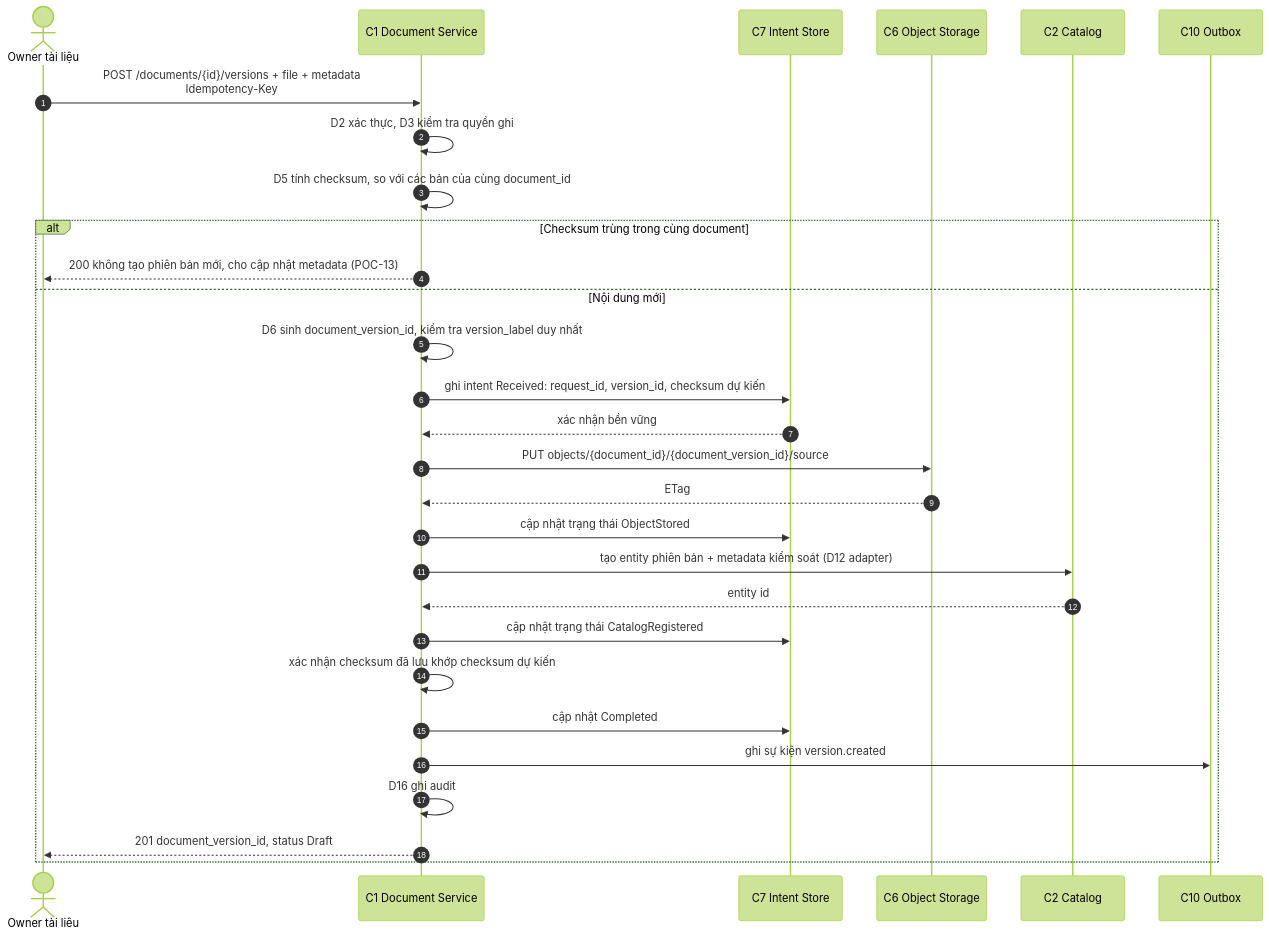
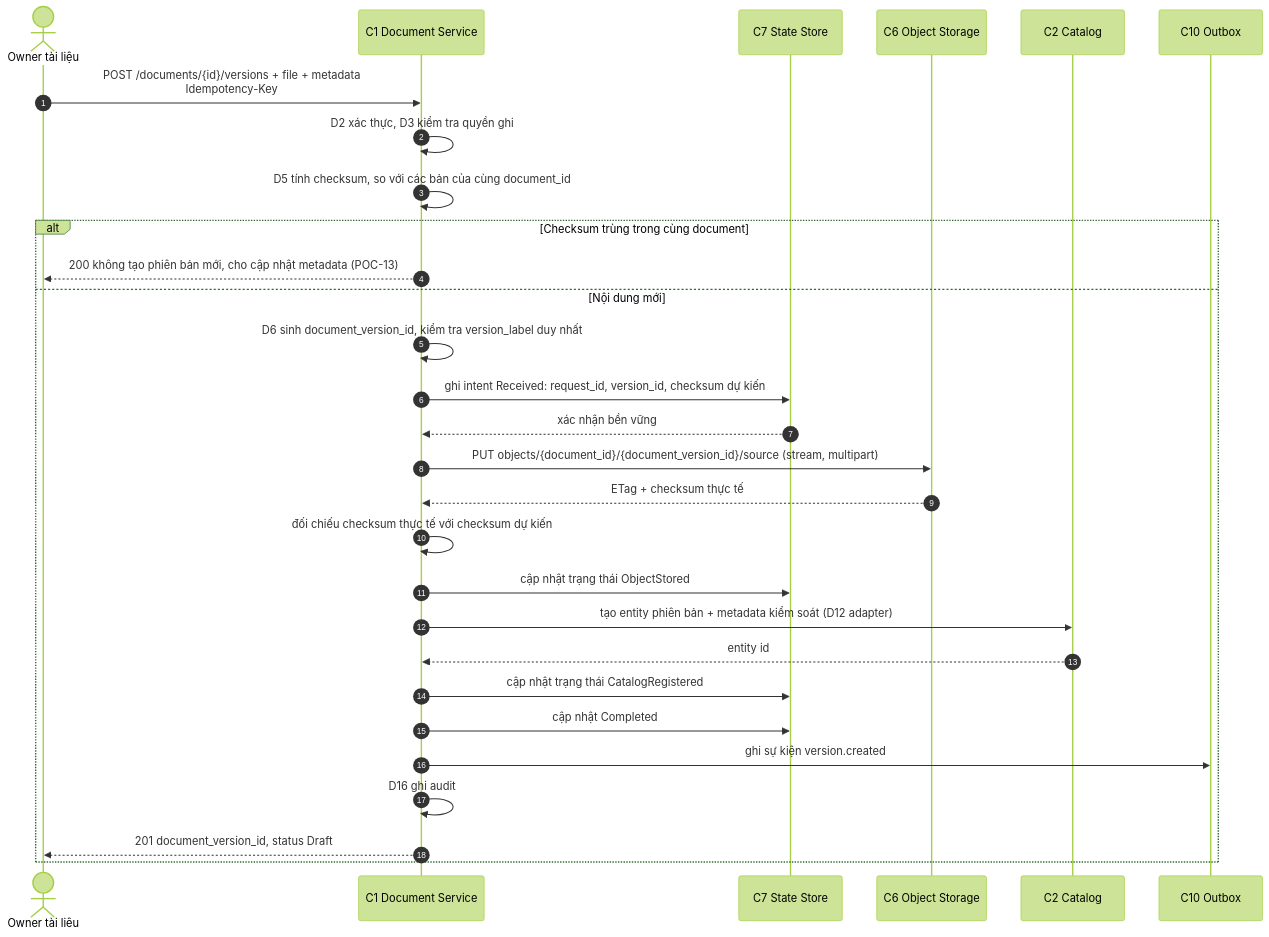
The first of 8 diagrams in docs/c4-05-dynamic-views.md (Phanlacan12/raw-storage), drawn with Mermaid (forest theme) before and after one commit. The commit also changed other lines of this file and 12 other files, not shown here.

````diff
--- a/docs/c4-05-dynamic-views.md
+++ b/docs/c4-05-dynamic-views.md
@@ -22,32 +23,32 @@
 ```mermaid
 sequenceDiagram
     autonumber
     actor U as Owner tài liệu
     participant DS as C1 Document Service
-    participant IN as C7 Intent Store
+    participant IN as C7 State Store
     participant S3 as C6 Object Storage
     participant CAT as C2 Catalog
     participant OB as C10 Outbox
 
     U->>DS: POST /documents/{id}/versions + file + metadata<br/>Idempotency-Key
     DS->>DS: D2 xác thực, D3 kiểm tra quyền ghi
     DS->>DS: D5 tính checksum, so với các bản của cùng document_id
     alt Checksum trùng trong cùng document
         DS-->>U: 200 không tạo phiên bản mới, cho cập nhật metadata (POC-13)
     else Nội dung mới
         DS->>DS: D6 sinh document_version_id, kiểm tra version_label duy nhất
         DS->>IN: ghi intent Received: request_id, version_id, checksum dự kiến
         IN-->>DS: xác nhận bền vững
-        DS->>S3: PUT objects/{document_id}/{document_version_id}/source
-        S3-->>DS: ETag
+        DS->>S3: PUT objects/{document_id}/{document_version_id}/source (stream, multipart)
+        S3-->>DS: ETag + checksum thực tế
+        DS->>DS: đối chiếu checksum thực tế với checksum dự kiến
         DS->>IN: cập nhật trạng thái ObjectStored
         DS->>CAT: tạo entity phiên bản + metadata kiểm soát (D12 adapter)
         CAT-->>DS: entity id
         DS->>IN: cập nhật trạng thái CatalogRegistered
-        DS->>DS: xác nhận checksum đã lưu khớp checksum dự kiến
         DS->>IN: cập nhật Completed
         DS->>OB: ghi sự kiện version.created
         DS->>DS: D16 ghi audit
         DS-->>U: 201 document_version_id, status Draft
     end
 ```
````
